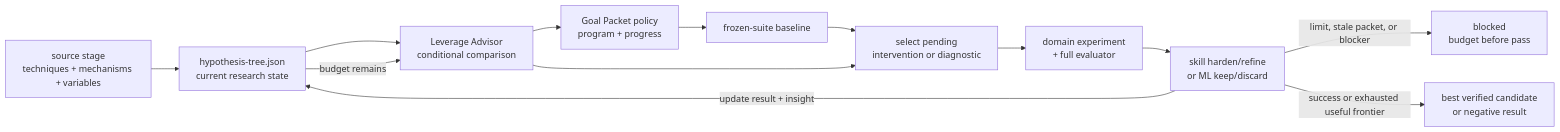
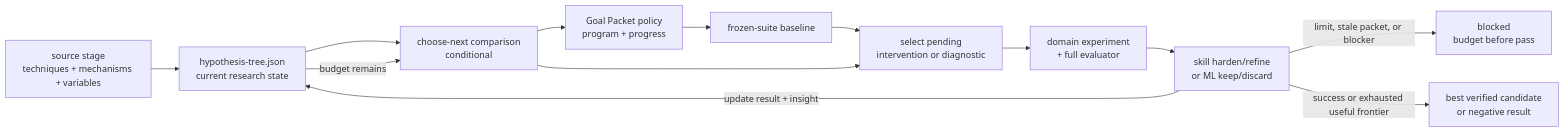
The diagram in docs/systems/self-improvement-learning.md (ZanarkandTechnologies/Farplane), drawn with Mermaid before and after one commit. The commit also changed other lines of this file and 188 other files, not shown here.

````diff
--- a/docs/systems/self-improvement-learning.md
+++ b/docs/systems/self-improvement-learning.md
@@ -179,20 +179,20 @@
 ```mermaid
 flowchart LR
   coverage["source stage<br/>techniques + mechanisms + variables"]
   tree["hypothesis-tree.json<br/>current research state"]
-  leverage["Leverage Advisor<br/>conditional comparison"]
+  leverage["choose-next comparison<br/>conditional"]
   packet["Goal Packet policy<br/>program + progress"]
   baseline["frozen-suite baseline"]
   select["select pending<br/>intervention or diagnostic"]
   execute["domain experiment<br/>+ full evaluator"]
   harden["skill harden/refine<br/>or ML keep/discard"]
   blocked["blocked<br/>budget before pass"]
   result["best verified candidate<br/>or negative result"]
 
   coverage --> tree --> leverage --> packet --> baseline --> select --> execute --> harden
   harden -->|update result + insight| tree
   tree -->|budget remains| leverage
   leverage --> select
   harden -->|limit, stale packet, or blocker| blocked
   harden -->|success or exhausted useful frontier| result
 ```
````
